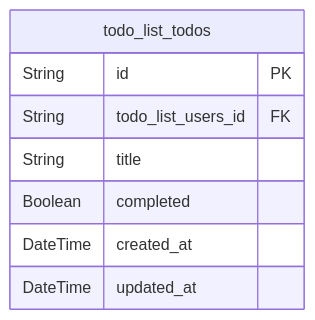
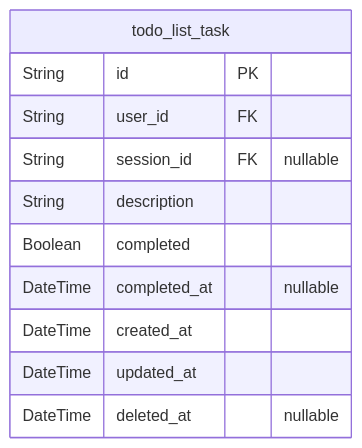
The second of 2 diagrams in qwen/qwen3-next-80b-a3b-instruct/todo/docs/ERD.md (wrtnlabs/autobe-examples), drawn with Mermaid before and after one commit. The commit also changed other lines of this file and 8017 other files, not shown here.

````diff
--- a/qwen/qwen3-next-80b-a3b-instruct/todo/docs/ERD.md
+++ b/qwen/qwen3-next-80b-a3b-instruct/todo/docs/ERD.md
@@ -85,11 +81,14 @@
 ```mermaid
 erDiagram
-"todo_list_todos" {
+"todo_list_task" {
   String id PK
-  String todo_list_users_id FK
-  String title
+  String user_id FK
+  String session_id FK "nullable"
+  String description
   Boolean completed
+  DateTime completed_at "nullable"
   DateTime created_at
   DateTime updated_at
+  DateTime deleted_at "nullable"
 }
 ```
````
